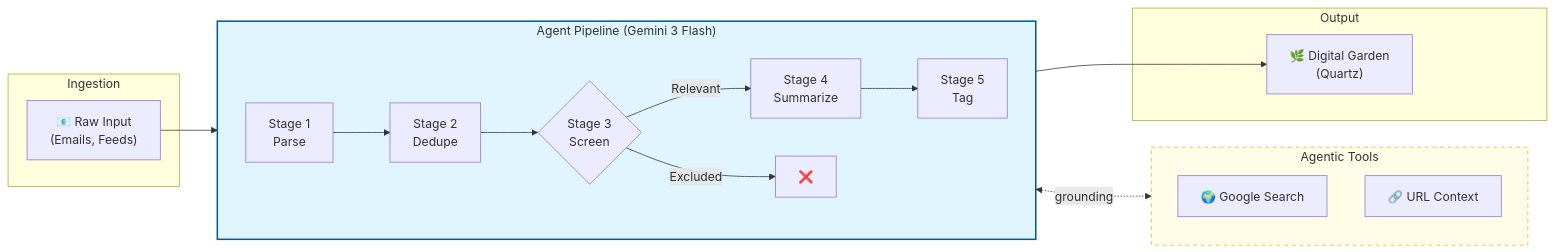
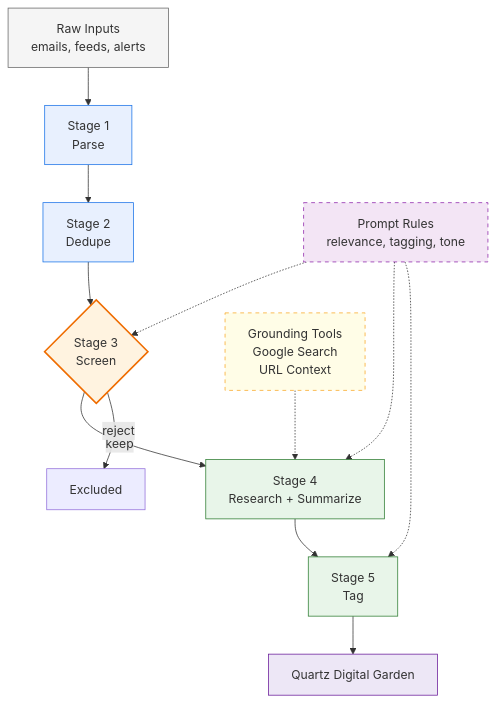
One commit to Hanneseh/ME-CFS-Research-Summaries changed the diagram in README.md. Above: the diagram before and after it, drawn with Mermaid. The commit also changed other lines of this file and 5 other files, not shown here.

````diff
--- a/README.md
+++ b/README.md
@@ -32,31 +59,27 @@
 ```mermaid
-flowchart LR
-    subgraph Ingestion
-        A["📧 Raw Input<br/>(Emails, Feeds)"]
-    end
+flowchart TD
+    A["Raw Inputs<br/>emails, feeds, alerts"] --> B["Stage 1<br/>Parse"]
+    B --> C["Stage 2<br/>Dedupe"]
+    C --> D{"Stage 3<br/>Screen"}
 
-    subgraph Pipeline["Agent Pipeline (Gemini 3 Flash)"]
-        direction LR
-        S1["Stage 1<br/>Parse"] --> S2["Stage 2<br/>Dedupe"]
-        S2 --> S3{"Stage 3<br/>Screen"}
-        S3 -- Relevant --> S4["Stage 4<br/>Summarize"]
-        S3 -- Excluded --> X["❌"]
-        S4 --> S5["Stage 5<br/>Tag"]
-    end
+    D -- keep --> E["Stage 4<br/>Research + Summarize"]
+    D -- reject --> X["Excluded"]
 
-    subgraph Tools["Agentic Tools"]
-        T1["🌍 Google Search"]
-        T2["🔗 URL Context"]
-    end
+    E --> F["Stage 5<br/>Tag"]
+    F --> G["Quartz Digital Garden"]
 
-    subgraph Output
-        O["🌿 Digital Garden<br/>(Quartz)"]
-    end
+    H["Grounding Tools<br/>Google Search<br/>URL Context"] -.-> E
+    I["Prompt Rules<br/>relevance, tagging, tone"] -.-> D
+    I -.-> E
+    I -.-> F
 
-    A --> S1
-    S4 <-. grounding .-> Tools
-    S5 --> O
-
-    style Pipeline fill:#e1f5fe,stroke:#01579b,stroke-width:2px
-    style Tools fill:#fffde7,stroke:#f9a825,stroke-width:1px,stroke-dasharray: 5 5
+    style A fill:#f5f5f5,stroke:#666,stroke-width:1px
+    style B fill:#e8f0fe,stroke:#1a73e8,stroke-width:1px
+    style C fill:#e8f0fe,stroke:#1a73e8,stroke-width:1px
+    style D fill:#fff3e0,stroke:#ef6c00,stroke-width:2px
+    style E fill:#e8f5e9,stroke:#2e7d32,stroke-width:1px
+    style F fill:#e8f5e9,stroke:#2e7d32,stroke-width:1px
+    style G fill:#ede7f6,stroke:#6a1b9a,stroke-width:1px
+    style H fill:#fffde7,stroke:#f9a825,stroke-width:1px,stroke-dasharray: 5 5
+    style I fill:#f3e5f5,stroke:#8e24aa,stroke-width:1px,stroke-dasharray: 5 5
 ```
````
